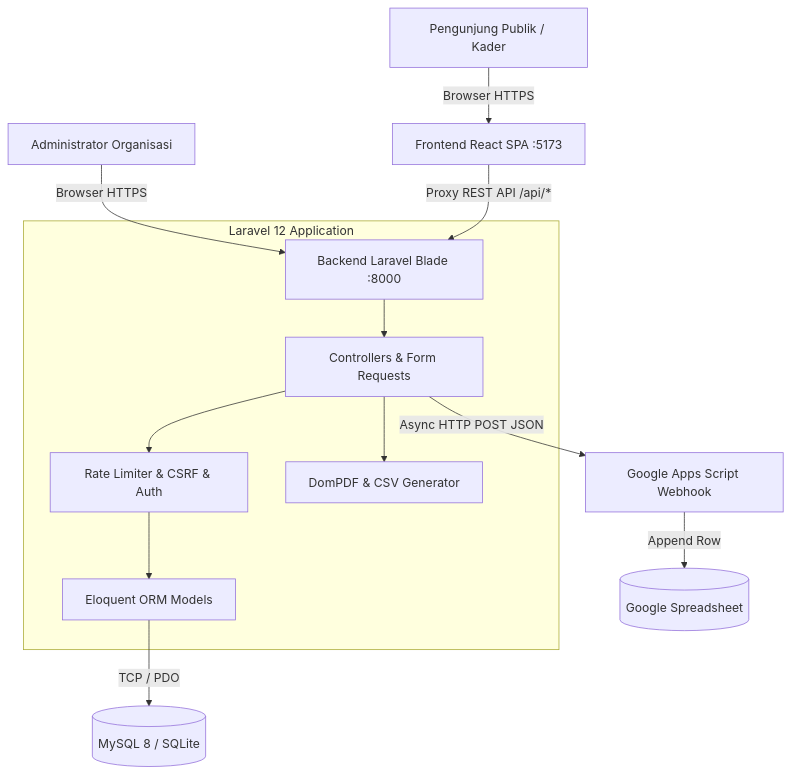
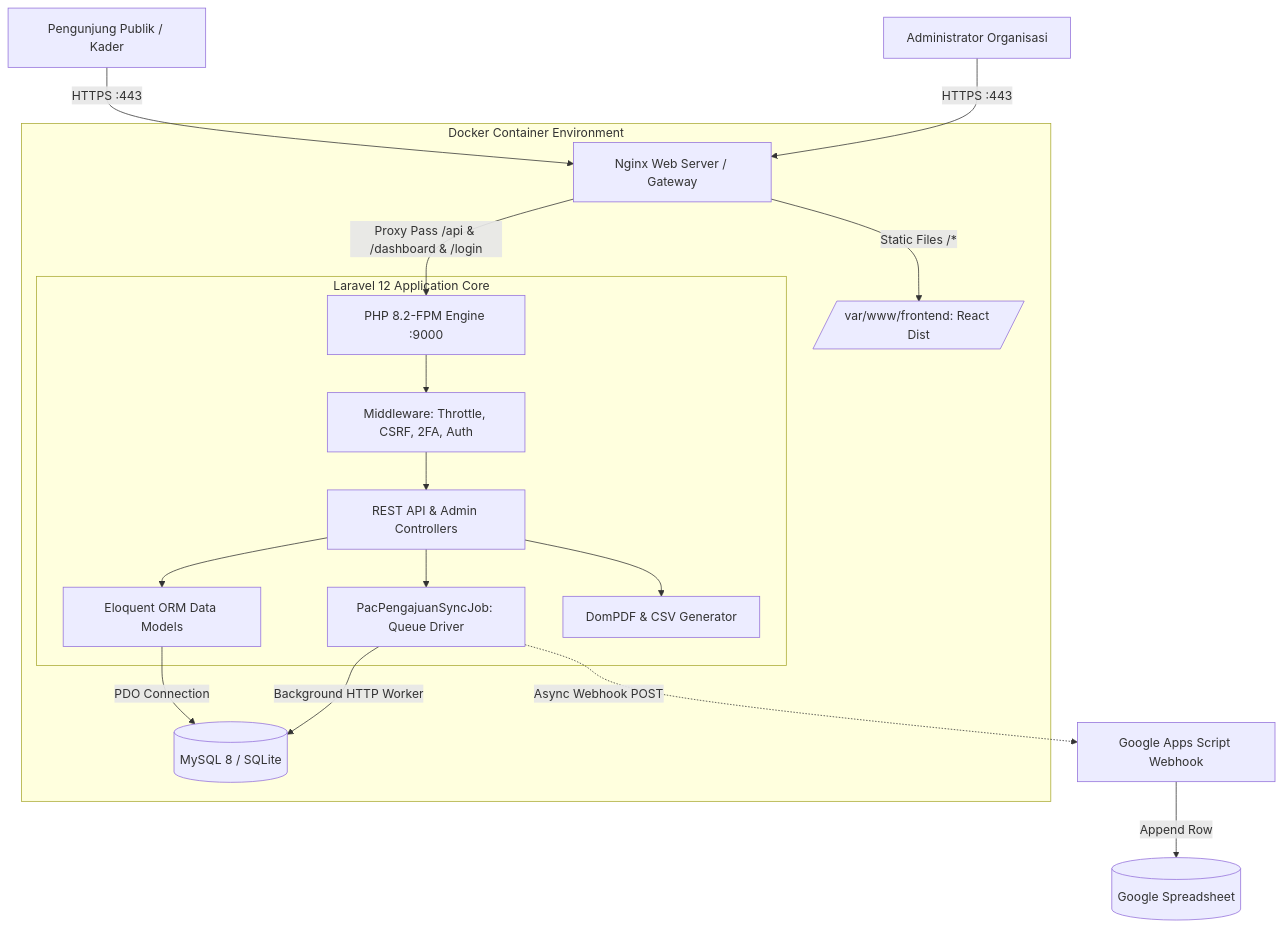
Before and after one commit to ikhsanhazamy/KP-IF-SAKTI: the first of 3 diagrams in docs/ARCHITECTURE.md, drawn with Mermaid. The commit also changed other lines of this file and 4 other files, not shown here.

````diff
--- a/docs/ARCHITECTURE.md
+++ b/docs/ARCHITECTURE.md
@@ -15,18 +30,24 @@
 ```mermaid
 graph TD
-    UserPublic[Pengunjung Publik / Kader] -->|Browser HTTPS| FE[Frontend React SPA :5173]
-    AdminUser[Administrator Organisasi] -->|Browser HTTPS| BE[Backend Laravel Blade :8000]
+    UserPublic[Pengunjung Publik / Kader] -->|HTTPS :443| NginxReverseProxy[Nginx Web Server / Gateway]
+    AdminUser[Administrator Organisasi] -->|HTTPS :443| NginxReverseProxy
 
-    FE -->|Proxy REST API /api/*| BE
-    
-    subgraph Backend Services [Laravel 12 Application]
-        BE --> Controllers[Controllers & Form Requests]
-        Controllers --> Middleware[Rate Limiter & CSRF & Auth]
-        Middleware --> Eloquent[Eloquent ORM Models]
-        Controllers --> ExportEngines[DomPDF & CSV Generator]
+    subgraph Docker Container Environment
+        NginxReverseProxy -->|Static Files /*| FrontendBuild[/var/www/frontend: React Dist/]
+        NginxReverseProxy -->|Proxy Pass /api & /dashboard & /login| BackendFPM[PHP 8.2-FPM Engine :9000]
+        
+        subgraph Laravel 12 Application Core
+            BackendFPM --> MiddlewarePipeline[Middleware: Throttle, CSRF, 2FA, Auth]
+            MiddlewarePipeline --> Controllers[REST API & Admin Controllers]
+            Controllers --> EloquentModels[Eloquent ORM Data Models]
+            Controllers --> QueueJob[PacPengajuanSyncJob: Queue Driver]
+            Controllers --> ReportEngines[DomPDF & CSV Generator]
+        end
+
+        EloquentModels -->|PDO Connection| Database[(MySQL 8 / SQLite)]
+        QueueJob -->|Background HTTP Worker| Database
     end
 
-    Eloquent -->|TCP / PDO| DB[(MySQL 8 / SQLite)]
-    Controllers -->|Async HTTP POST JSON| GAS[Google Apps Script Webhook]
+    QueueJob -.->|Async Webhook POST| GAS[Google Apps Script Webhook]
     GAS -->|Append Row| GSheets[(Google Spreadsheet)]
 ```
````
